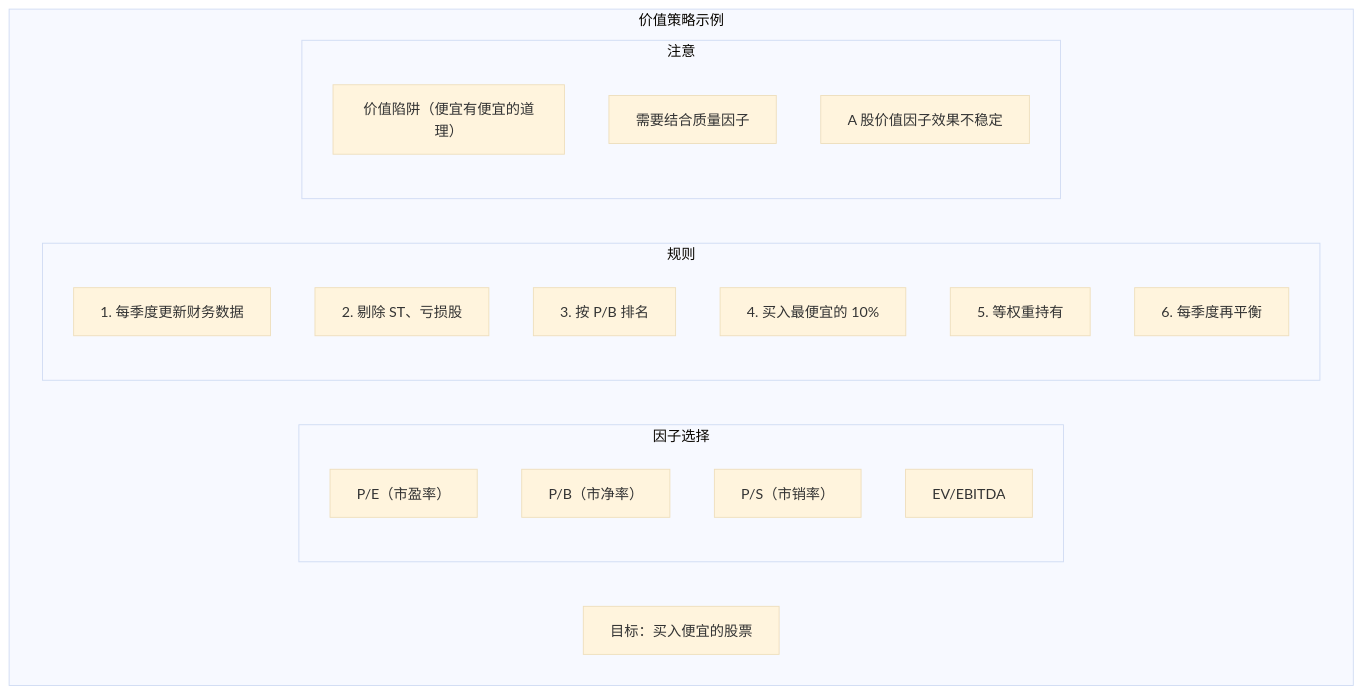
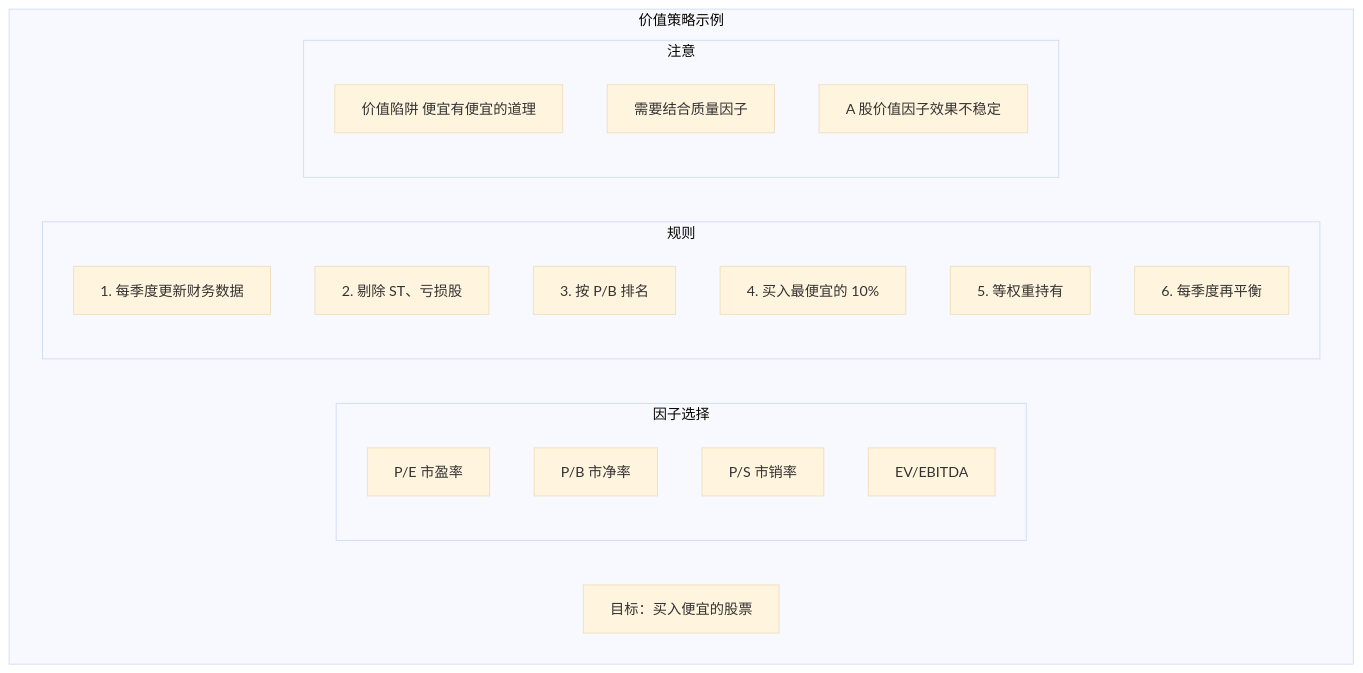
Diagram 13 of 17 in content/articles/quant/quant-05-个人量化常用策略详解.md (jpixy/jpixy.github.io), drawn with Mermaid (base theme) before and after one commit. The commit also changed other lines of this file and 66 other files, not shown here.

Commit message:
fix: resolve Mermaid syntax errors by removing parentheses in node labels

````diff
--- a/content/articles/quant/quant-05-个人量化常用策略详解.md
+++ b/content/articles/quant/quant-05-个人量化常用策略详解.md
@@ -420,25 +420,25 @@
 ```mermaid
 graph TB
     subgraph 价值策略["价值策略示例"]
         目标["目标：买入便宜的股票"]
         subgraph 因子选择
-            F1["P/E（市盈率）"]
-            F2["P/B（市净率）"]
-            F3["P/S（市销率）"]
+            F1["P/E 市盈率"]
+            F2["P/B 市净率"]
+            F3["P/S 市销率"]
             F4["EV/EBITDA"]
         end
         subgraph 规则
             R1["1. 每季度更新财务数据"]
             R2["2. 剔除 ST、亏损股"]
             R3["3. 按 P/B 排名"]
             R4["4. 买入最便宜的 10%"]
             R5["5. 等权重持有"]
             R6["6. 每季度再平衡"]
         end
         subgraph 注意
-            N1["价值陷阱（便宜有便宜的道理）"]
+            N1["价值陷阱 便宜有便宜的道理"]
             N2["需要结合质量因子"]
             N3["A 股价值因子效果不稳定"]
         end
     end
 ```
````
